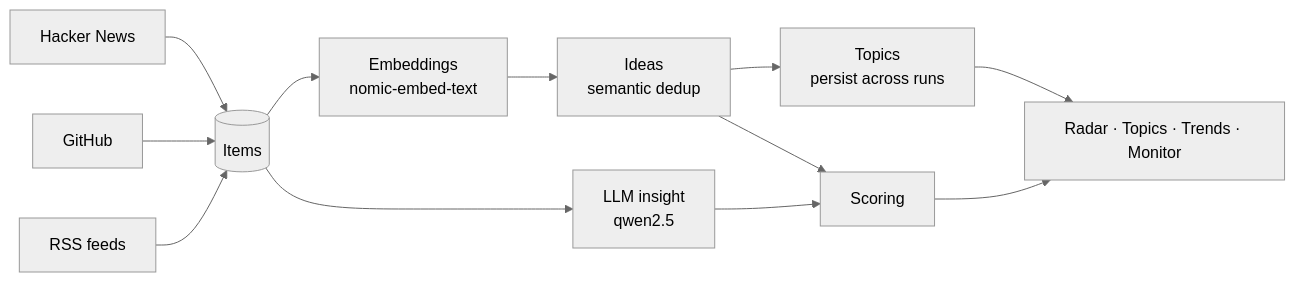
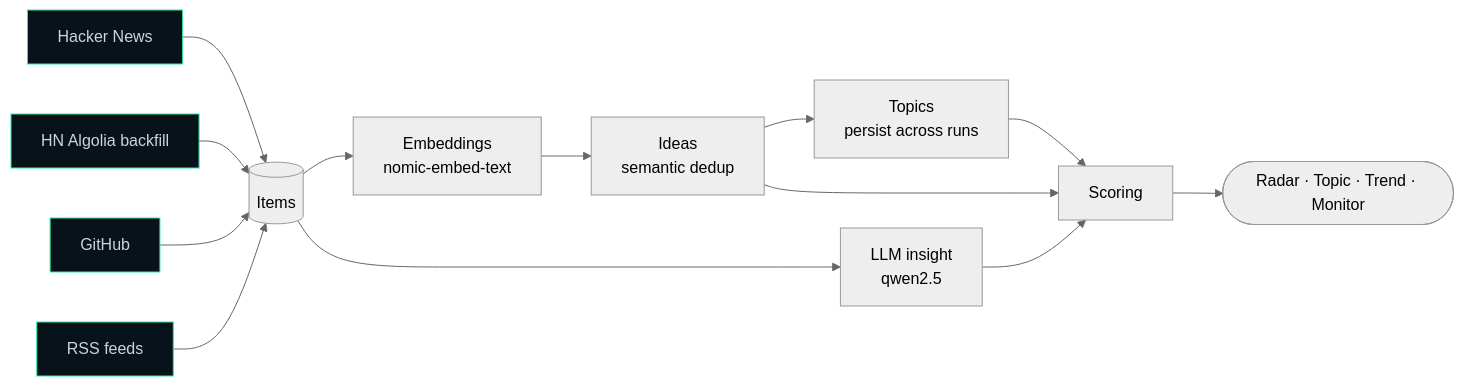
The diagram in README.md (DanieleGiovanardi2408/idea-radar), drawn with Mermaid (neutral theme) before and after one commit. The commit also changed other lines of this file and 20 other files, not shown here.

````diff
--- a/README.md
+++ b/README.md
@@ -25,14 +31,16 @@
 ```mermaid
 flowchart LR
-    HN[Hacker News] --> Items[(Items)]
-    GH[GitHub] --> Items
-    RSS[RSS feeds] --> Items
+    HN[Hacker News]:::src --> Items[(Items)]
+    HNA[HN Algolia backfill]:::src --> Items
+    GH[GitHub]:::src --> Items
+    RSS[RSS feeds]:::src --> Items
     Items --> Emb[Embeddings<br/>nomic-embed-text]
     Emb --> Ideas[Ideas<br/>semantic dedup]
     Ideas --> Topics[Topics<br/>persist across runs]
     Items --> LLM[LLM insight<br/>qwen2.5]
     Ideas --> Score[Scoring]
     LLM --> Score
-    Score --> UI[Radar · Topics · Trends · Monitor]
-    Topics --> UI
+    Topics --> Score
+    Score --> UI([Radar · Topic · Trend · Monitor])
+    classDef src fill:#08121b,stroke:#2ee8a2,color:#cbd5e1;
 ```
````
